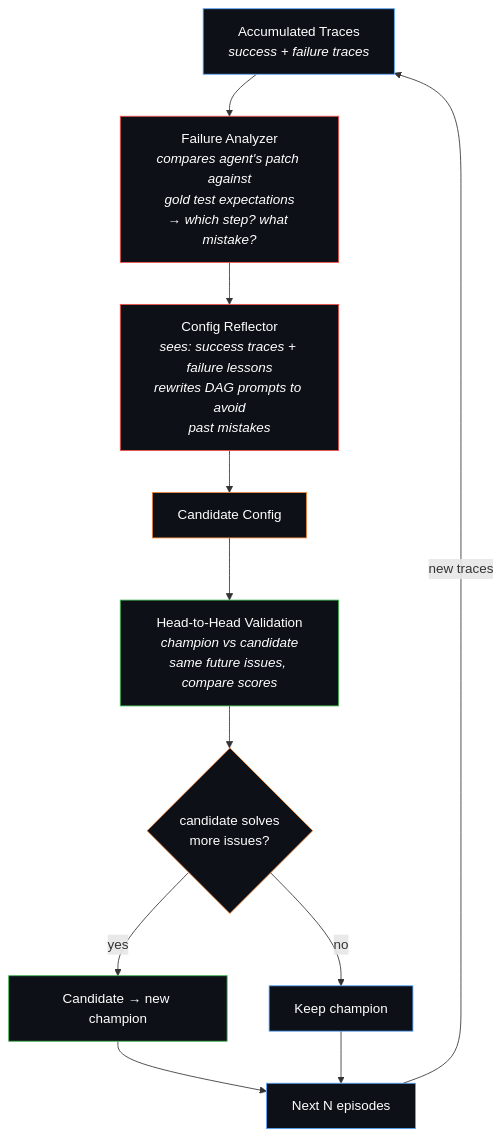
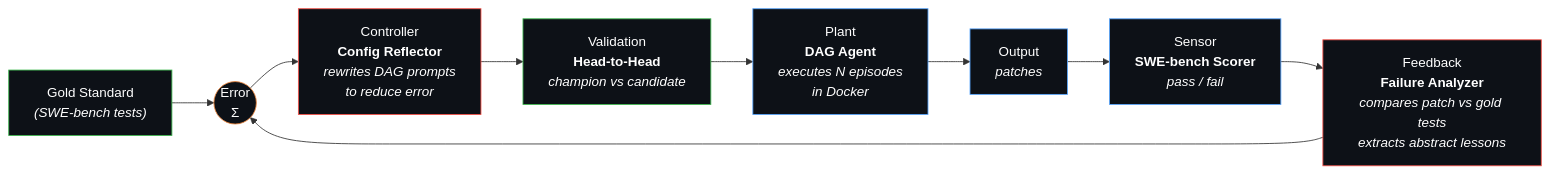
The diagram in README.md (Midas-Agent-Dev/midas-agent), drawn with Mermaid before and after one commit. The commit also changed other lines of this file, not shown here.

Commit message:
README: PID-style closed-loop control diagram
Maps the config evolution to control theory:
- Reference: gold standard (SWE-bench tests)
- Error: failure analysis (gap between patch and gold)
- Controller: Config Reflector (adjusts prompts)
- Plant: DAG Agent (executes episodes)
- Sensor: SWE-bench Scorer
- Feedback: Failure Analyzer → back to error

````diff
--- a/README.md
+++ b/README.md
@@ -34,24 +34,20 @@
 ```mermaid
-flowchart TD
-    A["Accumulated Traces<br/><i>success + failure traces</i>"] --> B
-    B["Failure Analyzer<br/><i>compares agent's patch against</i><br/><i>gold test expectations</i><br/><i>→ which step? what mistake?</i>"] --> C
-    C["Config Reflector<br/><i>sees: success traces + failure lessons</i><br/><i>rewrites DAG prompts to avoid</i><br/><i>past mistakes</i>"] --> D
-    D["Candidate Config"] --> E
-    E["Head-to-Head Validation<br/><i>champion vs candidate</i><br/><i>same future issues, compare scores</i>"] --> F
-    F{candidate solves<br/>more issues?}
-    F -->|"yes"| G["Candidate → new champion"]
-    F -->|"no"| H["Keep champion"]
-    G --> I["Next N episodes"]
-    H --> I
-    I -->|"new traces"| A
+flowchart LR
+    R["Gold Standard<br/><i>(SWE-bench tests)</i>"] --> E
+    E(("Error<br/>Σ")) --> C
+    C["Controller<br/><b>Config Reflector</b><br/><i>rewrites DAG prompts</i><br/><i>to reduce error</i>"] --> V
+    V["Validation<br/><b>Head-to-Head</b><br/><i>champion vs candidate</i>"] --> P
+    P["Plant<br/><b>DAG Agent</b><br/><i>executes N episodes</i><br/><i>in Docker</i>"] --> O["Output<br/><i>patches</i>"]
+    O --> S
+    S["Sensor<br/><b>SWE-bench Scorer</b><br/><i>pass / fail</i>"] --> FB
+    FB["Feedback<br/><b>Failure Analyzer</b><br/><i>compares patch vs gold tests</i><br/><i>extracts abstract lessons</i>"] --> E
 
-    style A fill:#0d1117,stroke:#58a6ff,color:#fff
-    style B fill:#0d1117,stroke:#f85149,color:#fff
+    style R fill:#0d1117,stroke:#3fb950,color:#fff
+    style E fill:#0d1117,stroke:#f0883e,color:#fff
     style C fill:#0d1117,stroke:#f85149,color:#fff
-    style D fill:#0d1117,stroke:#f0883e,color:#fff
-    style E fill:#0d1117,stroke:#3fb950,color:#fff
-    style F fill:#0d1117,stroke:#f0883e,color:#fff
-    style G fill:#0d1117,stroke:#3fb950,color:#fff
-    style H fill:#0d1117,stroke:#58a6ff,color:#fff
-    style I fill:#0d1117,stroke:#58a6ff,color:#fff
+    style V fill:#0d1117,stroke:#3fb950,color:#fff
+    style P fill:#0d1117,stroke:#58a6ff,color:#fff
+    style O fill:#0d1117,stroke:#58a6ff,color:#fff
+    style S fill:#0d1117,stroke:#58a6ff,color:#fff
+    style FB fill:#0d1117,stroke:#f85149,color:#fff
 ```
````
